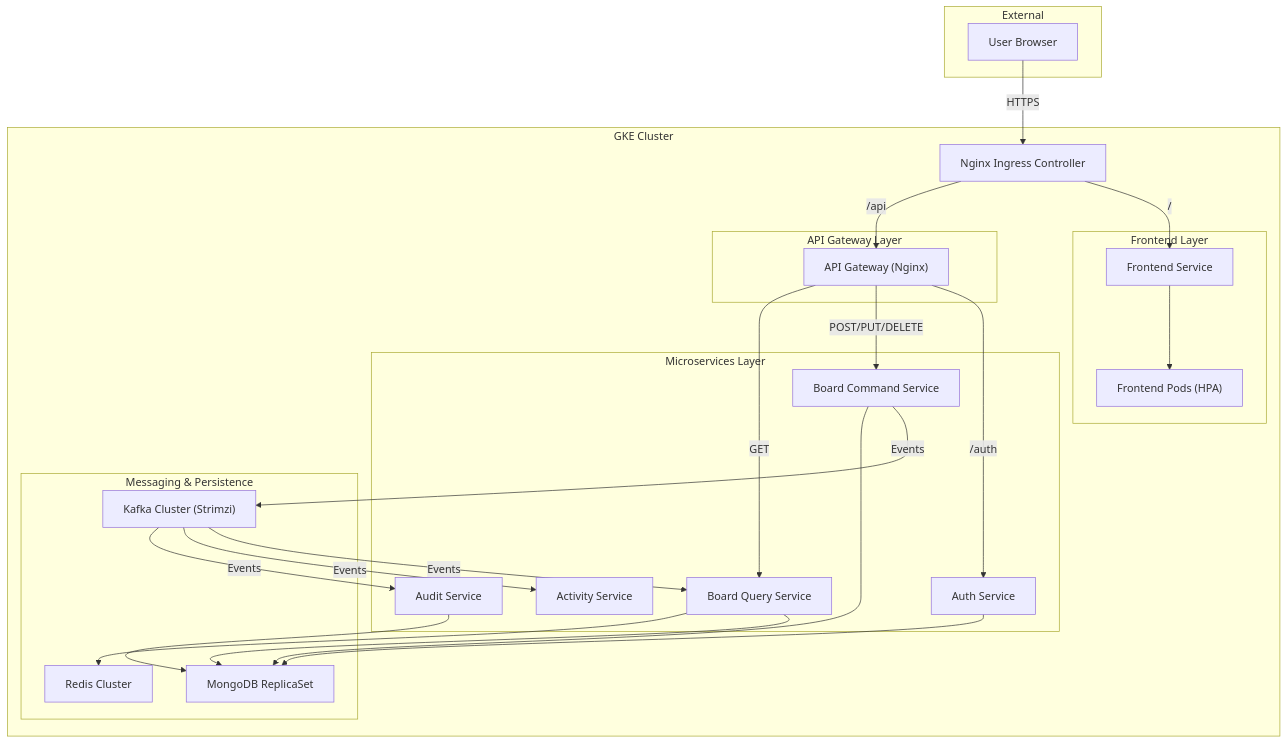
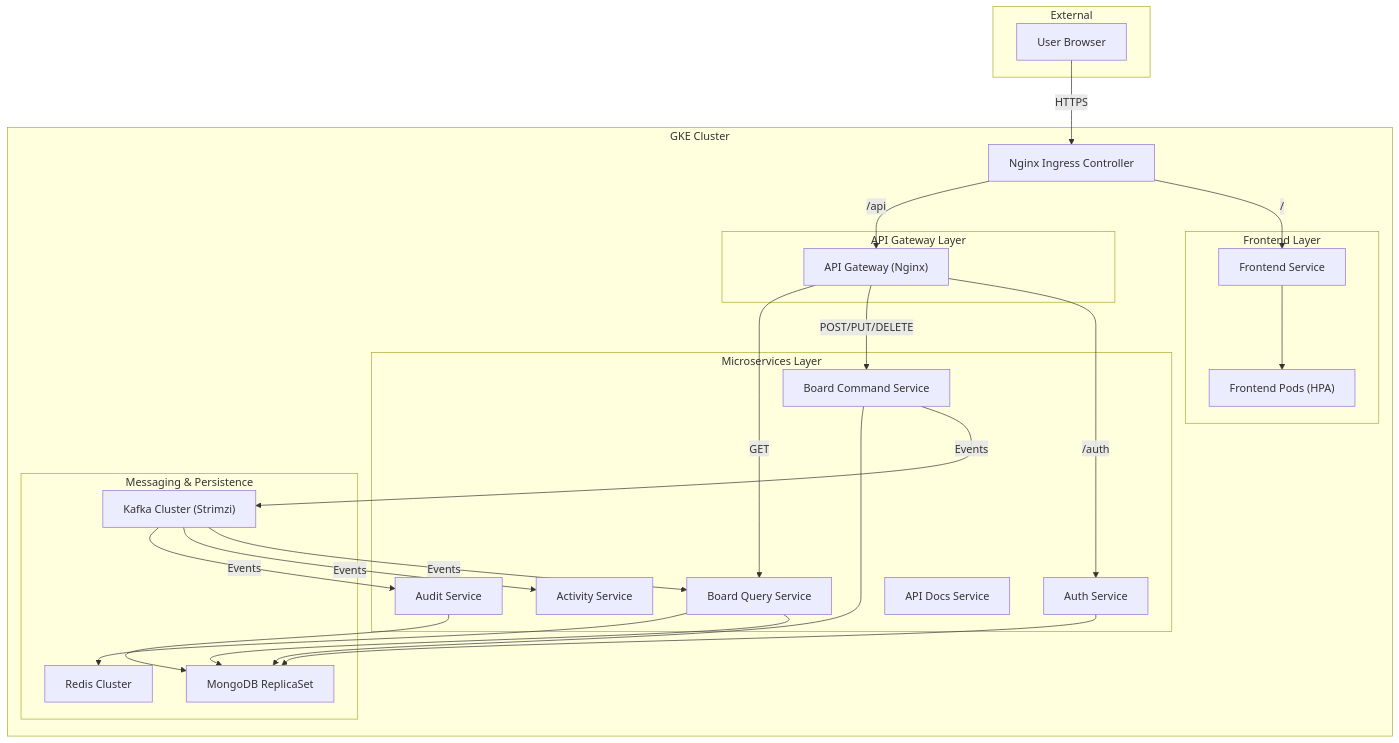
One commit to MemerGamer/Cascade changed the first of 2 diagrams in docs/architecture_presentation.md. Above: the diagram before and after it, drawn with Mermaid. The commit also changed other lines of this file and 1 other file, not shown here.

Commit message:
docs: added API Docs service to Docker Compose and architecture documentation, and updated architecture presentation title

````diff
--- a/docs/architecture_presentation.md
+++ b/docs/architecture_presentation.md
@@ -7,54 +7,55 @@
 ```mermaid
 graph TB
     subgraph "External"
         User[User Browser]
     end
 
     subgraph "GKE Cluster"
         Ingress[Nginx Ingress Controller]
 
         subgraph "API Gateway Layer"
             Gateway["API Gateway (Nginx)"]
         end
 
         subgraph "Frontend Layer"
             FE[Frontend Service]
             FE_Pods["Frontend Pods (HPA)"]
         end
 
         subgraph "Microservices Layer"
             Auth[Auth Service]
             Cmd[Board Command Service]
             Query[Board Query Service]
             Activity[Activity Service]
             Audit[Audit Service]
+            ApiDocs[API Docs Service]
         end
 
         subgraph "Messaging & Persistence"
             Kafka["Kafka Cluster (Strimzi)"]
             Mongo[MongoDB ReplicaSet]
             Redis[Redis Cluster]
         end
     end
 
     User -->|HTTPS| Ingress
     Ingress -->|/| FE
     Ingress -->|/api| Gateway
 
     FE --> FE_Pods
 
     Gateway -->|/auth| Auth
     Gateway -->|POST/PUT/DELETE| Cmd
     Gateway -->|GET| Query
 
     Cmd -->|Events| Kafka
     Kafka -->|Events| Query
     Kafka -->|Events| Activity
     Kafka -->|Events| Audit
 
     Auth --> Mongo
     Cmd --> Mongo
     Query --> Mongo
     Audit --> Mongo
     Query --> Redis
 ```
````
